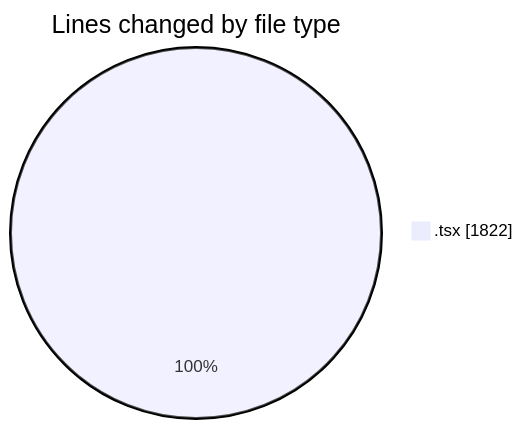
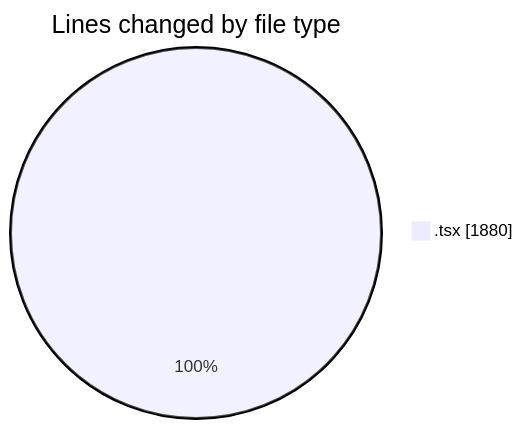
One commit to nxtqubesakshisongat/code-tracking changed the first of 2 diagrams in 2026-04-09/airfeed-analytics-dashboard/README.md. Above: the diagram before and after it, drawn with Mermaid. The commit also changed other lines of this file and 1 other file, not shown here.

````diff
--- a/2026-04-09/airfeed-analytics-dashboard/README.md
+++ b/2026-04-09/airfeed-analytics-dashboard/README.md
@@ -26,5 +26,5 @@
 ```mermaid
 pie showData
 title Lines changed by file type
-".tsx" : 1822
+".tsx" : 1880
 ```
````
